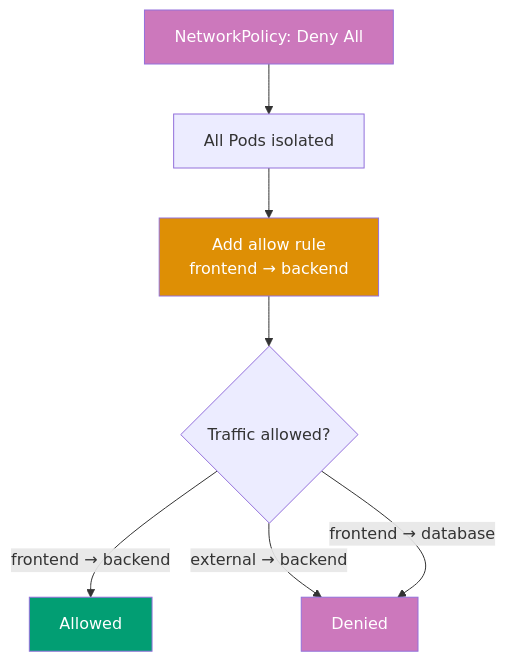
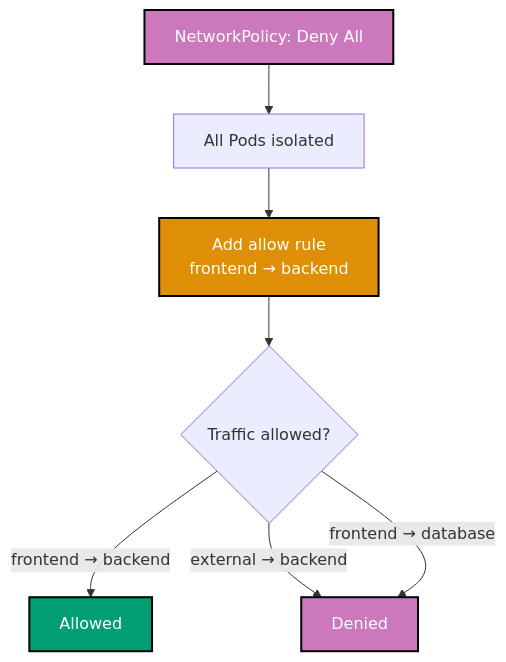
One commit to wahidyankf/open-sharia-enterprise changed the third of 14 diagrams in apps/ayokoding-web/content/en/learn/software-engineering/infrastructure/tools/kubernetes/by-example/advanced.md. Above: the diagram before and after it, drawn with Mermaid. The commit also changed other lines of this file and 25 other files, not shown here.

````diff
--- a/apps/ayokoding-web/content/en/learn/software-engineering/infrastructure/tools/kubernetes/by-example/advanced.md
+++ b/apps/ayokoding-web/content/en/learn/software-engineering/infrastructure/tools/kubernetes/by-example/advanced.md
@@ -1132,15 +1134,16 @@
 ```mermaid
+%% Color Palette: Blue #0173B2, Orange #DE8F05, Teal #029E73, Purple #CC78BC, Brown #CA9161
 %% Default deny with explicit allow
 graph TD
  A[NetworkPolicy: Deny All] --> B[All Pods isolated]
  B --> C[Add allow rule<br/>frontend → backend]
  C --> D{Traffic allowed?}
  D -->|frontend → backend| E[Allowed]
  D -->|external → backend| F[Denied]
  D -->|frontend → database| F
 
- style A fill:#CC78BC,color:#fff
- style C fill:#DE8F05,color:#fff
- style E fill:#029E73,color:#fff
- style F fill:#CC78BC,color:#fff
+ style A fill:#CC78BC,stroke:#000000,stroke-width:2px,color:#fff
+ style C fill:#DE8F05,stroke:#000000,stroke-width:2px,color:#fff
+ style E fill:#029E73,stroke:#000000,stroke-width:2px,color:#fff
+ style F fill:#CC78BC,stroke:#000000,stroke-width:2px,color:#fff
 ```
````
